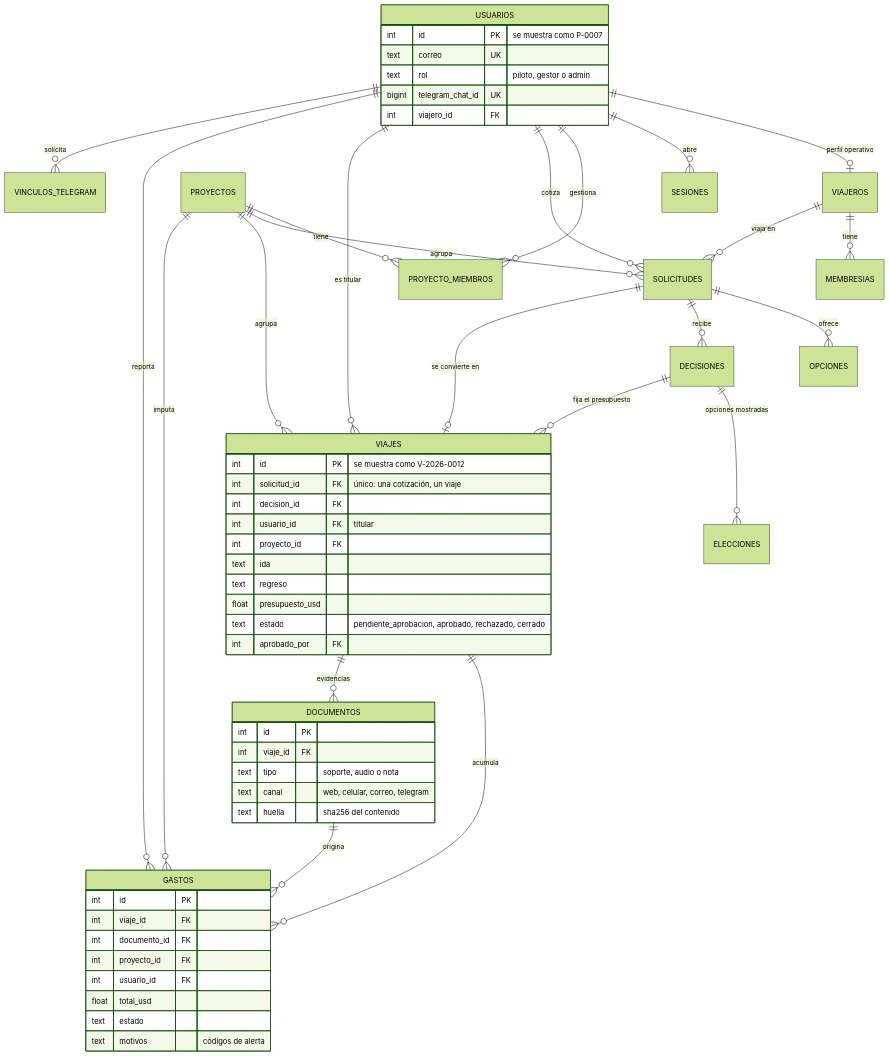
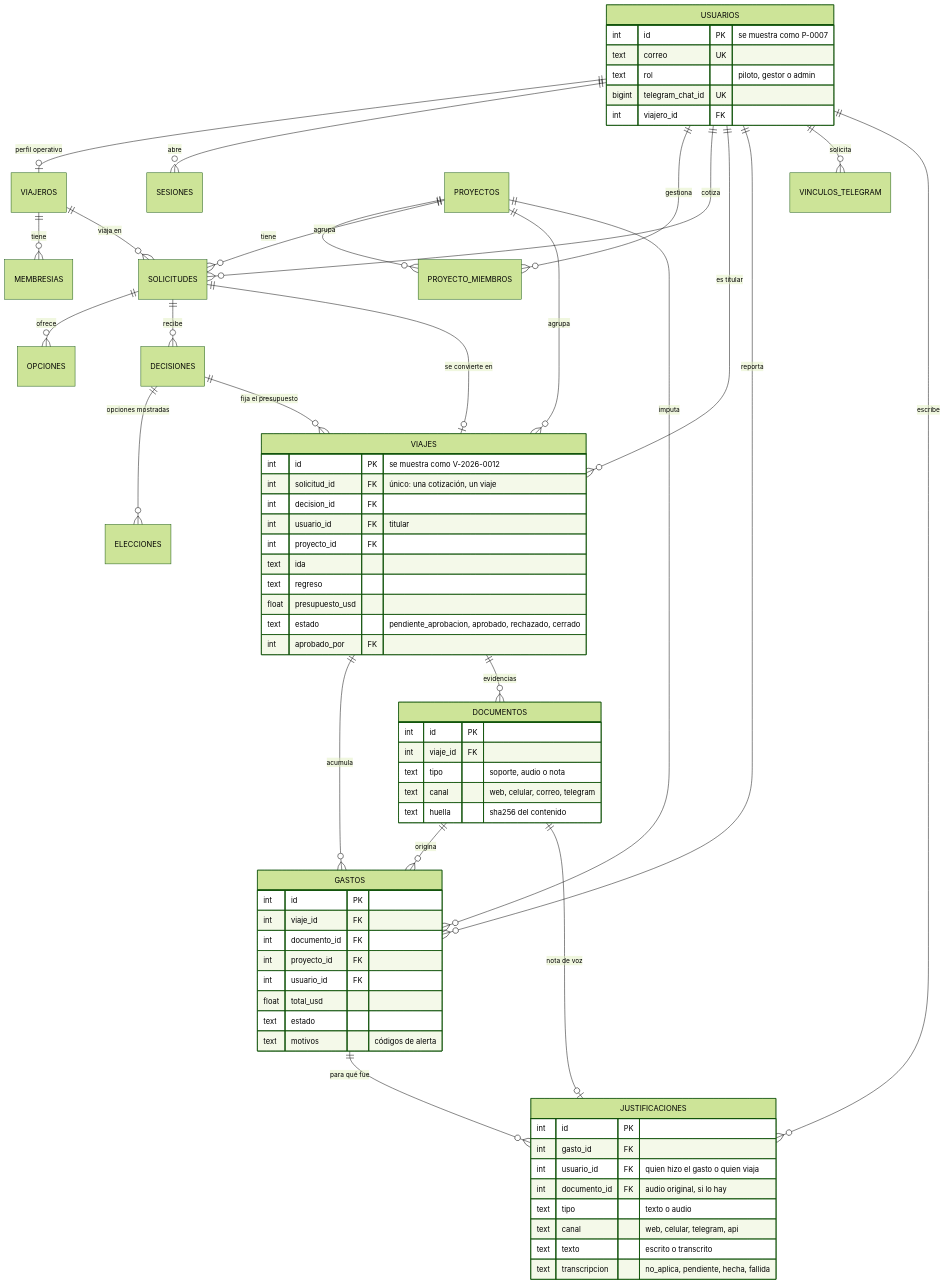
One commit to NatoRemolina/operacion-proyectos changed the diagram in docs/datos.md. Above: the diagram before and after it, drawn with Mermaid (forest theme). The commit also changed 16 other files, not shown here.

First line of the commit message:
Justificación de cada gasto por escrito o nota de voz, en la web, Telegram y la API v1

````diff
--- a/docs/datos.md
+++ b/docs/datos.md
@@ -13,60 +13,73 @@
 ```mermaid
 erDiagram
   USUARIOS ||--o| VIAJEROS : "perfil operativo"
   USUARIOS ||--o{ SESIONES : abre
   USUARIOS ||--o{ PROYECTO_MIEMBROS : gestiona
   PROYECTOS ||--o{ PROYECTO_MIEMBROS : tiene
   VIAJEROS ||--o{ MEMBRESIAS : tiene
   PROYECTOS ||--o{ SOLICITUDES : agrupa
   USUARIOS ||--o{ SOLICITUDES : cotiza
   VIAJEROS ||--o{ SOLICITUDES : "viaja en"
   SOLICITUDES ||--o{ OPCIONES : ofrece
   SOLICITUDES ||--o{ DECISIONES : recibe
   DECISIONES ||--o{ ELECCIONES : "opciones mostradas"
   SOLICITUDES ||--o| VIAJES : "se convierte en"
   DECISIONES ||--o{ VIAJES : "fija el presupuesto"
   USUARIOS ||--o{ VIAJES : "es titular"
   PROYECTOS ||--o{ VIAJES : agrupa
   VIAJES ||--o{ GASTOS : acumula
   VIAJES ||--o{ DOCUMENTOS : "evidencias"
   DOCUMENTOS ||--o{ GASTOS : origina
   USUARIOS ||--o{ GASTOS : reporta
   PROYECTOS ||--o{ GASTOS : imputa
   USUARIOS ||--o{ VINCULOS_TELEGRAM : solicita
+  GASTOS ||--o{ JUSTIFICACIONES : "para qué fue"
+  USUARIOS ||--o{ JUSTIFICACIONES : escribe
+  DOCUMENTOS ||--o| JUSTIFICACIONES : "nota de voz"
   USUARIOS {
     int id PK "se muestra como P-0007"
     text correo UK
     text rol "piloto, gestor o admin"
     bigint telegram_chat_id UK
     int viajero_id FK
   }
   VIAJES {
     int id PK "se muestra como V-2026-0012"
     int solicitud_id FK "único: una cotización, un viaje"
     int decision_id FK
     int usuario_id FK "titular"
     int proyecto_id FK
     text ida
     text regreso
     float presupuesto_usd
     text estado "pendiente_aprobacion, aprobado, rechazado, cerrado"
     int aprobado_por FK
   }
   GASTOS {
     int id PK
     int viaje_id FK
     int documento_id FK
     int proyecto_id FK
     int usuario_id FK
     float total_usd
     text estado
     text motivos "códigos de alerta"
   }
+  JUSTIFICACIONES {
+    int id PK
+    int gasto_id FK
+    int usuario_id FK "quien hizo el gasto o quien viaja"
+    int documento_id FK "audio original, si lo hay"
+    text tipo "texto o audio"
+    text canal "web, celular, telegram, api"
+    text texto "escrito o transcrito"
+    text transcripcion "no_aplica, pendiente, hecha, fallida"
+  }
   DOCUMENTOS {
     int id PK
     int viaje_id FK
     text tipo "soporte, audio o nota"
     text canal "web, celular, correo, telegram"
     text huella "sha256 del contenido"
   }
 ```
````
